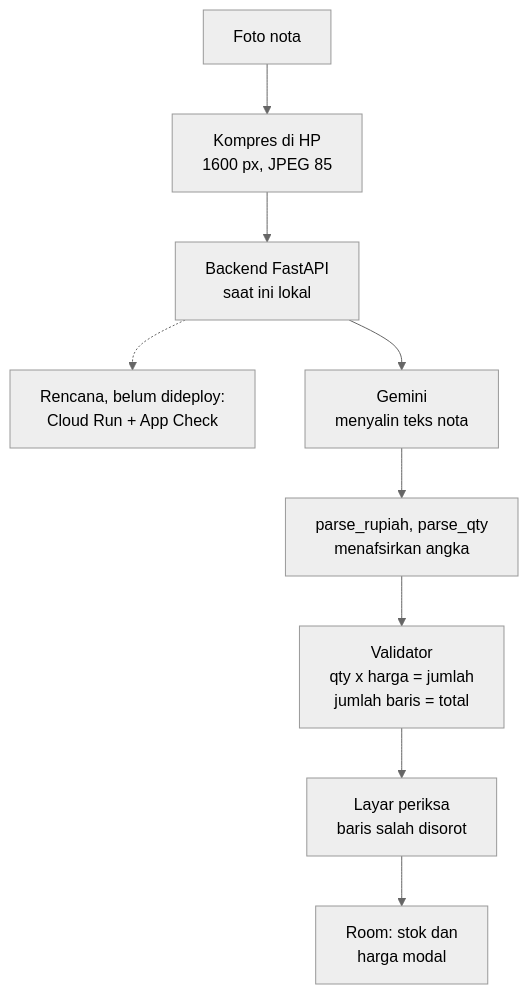
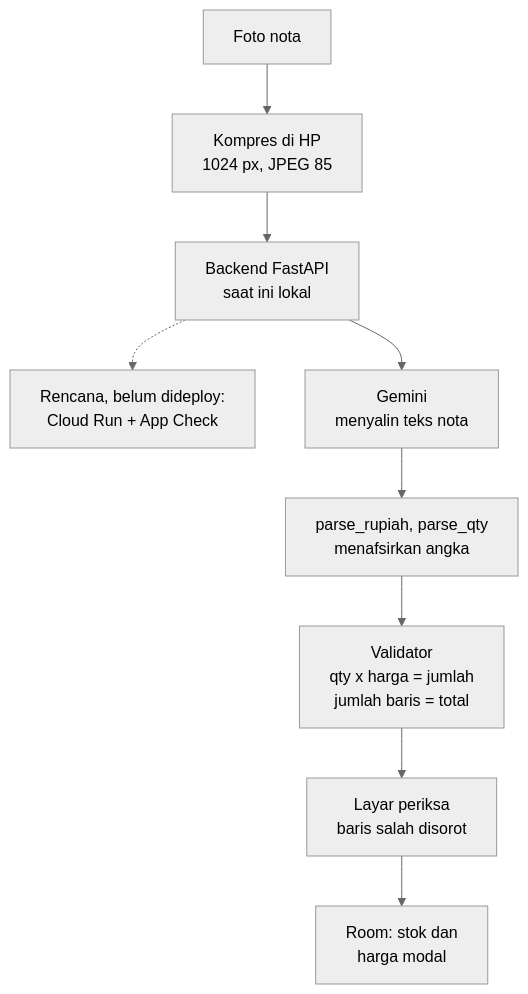
The diagram in README.md (Moanaku/nota-kulakan), drawn with Mermaid (neutral theme) before and after one commit. The commit also changed 5 other files, not shown here.

````diff
--- a/README.md
+++ b/README.md
@@ -19,11 +19,11 @@
 ```mermaid
 flowchart TD
-  A[Foto nota] --> B[Kompres di HP<br/>1600 px, JPEG 85]
+  A[Foto nota] --> B[Kompres di HP<br/>1024 px, JPEG 85]
   B --> C[Backend FastAPI<br/>saat ini lokal]
   C -.-> R[Rencana, belum dideploy:<br/>Cloud Run + App Check]
   C --> D[Gemini<br/>menyalin teks nota]
   D --> E[parse_rupiah, parse_qty<br/>menafsirkan angka]
   E --> F[Validator<br/>qty x harga = jumlah<br/>jumlah baris = total]
   F --> G[Layar periksa<br/>baris salah disorot]
   G --> H[Room: stok dan<br/>harga modal]
 ```
````
